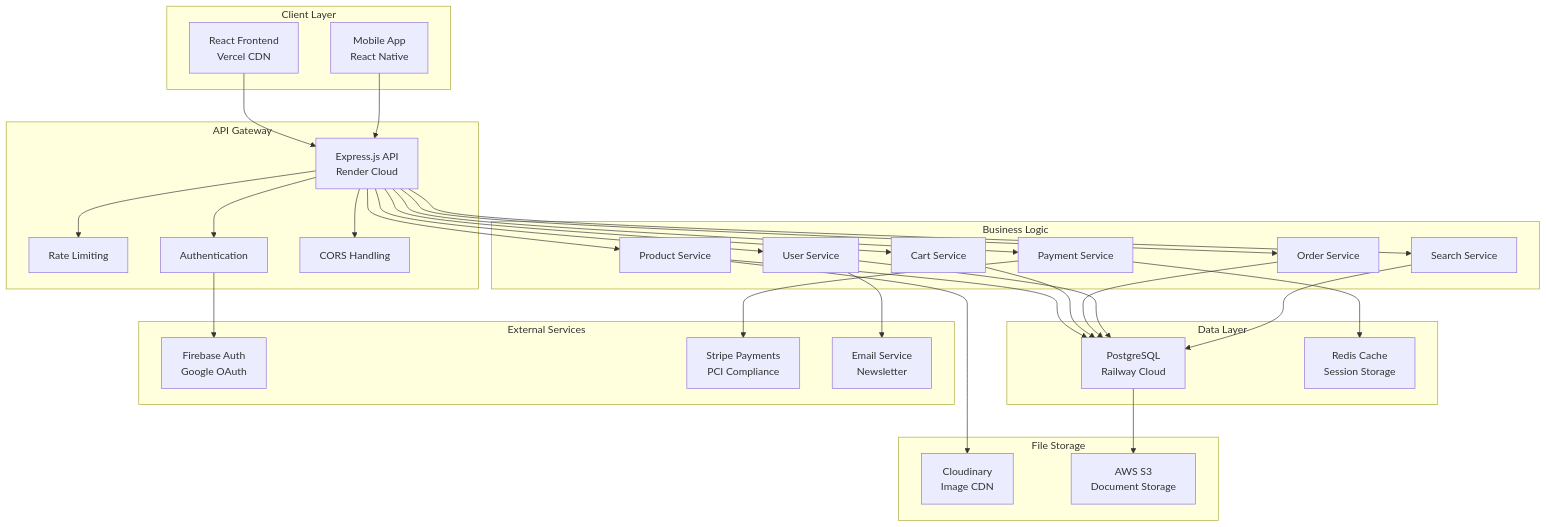
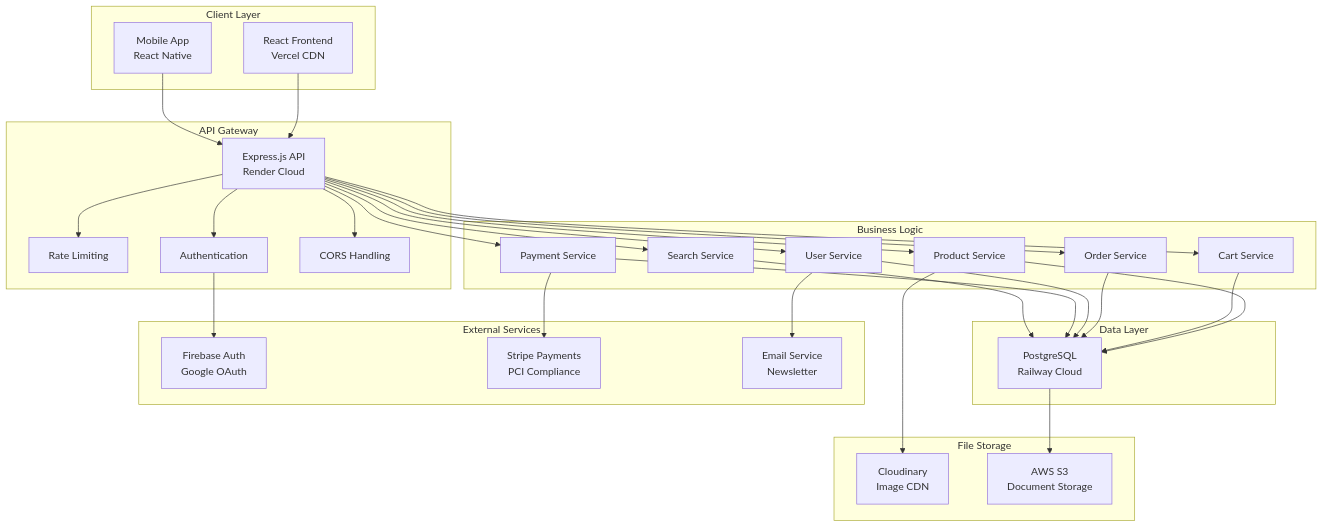
One commit to miasdk/luxe changed the fifth of 13 diagrams in README.md. Above: the diagram before and after it, drawn with Mermaid. The commit also changed other lines of this file, not shown here.

````diff
--- a/README.md
+++ b/README.md
@@ -588,62 +588,61 @@
 ```mermaid
 graph TB
     subgraph "Client Layer"
         A[React Frontend<br/>Vercel CDN]
         A1[Mobile App<br/>React Native]
     end
     
     subgraph "API Gateway"
         B[Express.js API<br/>Render Cloud]
         B1[Rate Limiting]
         B2[Authentication]
         B3[CORS Handling]
     end
     
     subgraph "Business Logic"
         C[Product Service]
         C1[Cart Service]
         C2[Order Service]
         C3[User Service]
         C4[Payment Service]
         C5[Search Service]
     end
     
     subgraph "Data Layer"
         D[PostgreSQL<br/>Railway Cloud]
-        D1[Redis Cache<br/>Session Storage]
     end
     
     subgraph "External Services"
         E[Firebase Auth<br/>Google OAuth]
         E1[Stripe Payments<br/>PCI Compliance]
         E2[Email Service<br/>Newsletter]
     end
     
     subgraph "File Storage"
         F[Cloudinary<br/>Image CDN]
         F1[AWS S3<br/>Document Storage]
     end
     
     A --> B
     A1 --> B
     B --> B1
     B --> B2
     B --> B3
     B --> C
     B --> C1
     B --> C2
     B --> C3
     B --> C4
     B --> C5
     C --> D
     C1 --> D
     C2 --> D
     C3 --> D
-    C4 --> D1
+    C4 --> D
     C5 --> D
     B2 --> E
     C4 --> E1
     C3 --> E2
     C --> F
     D --> F1
 ```
````
